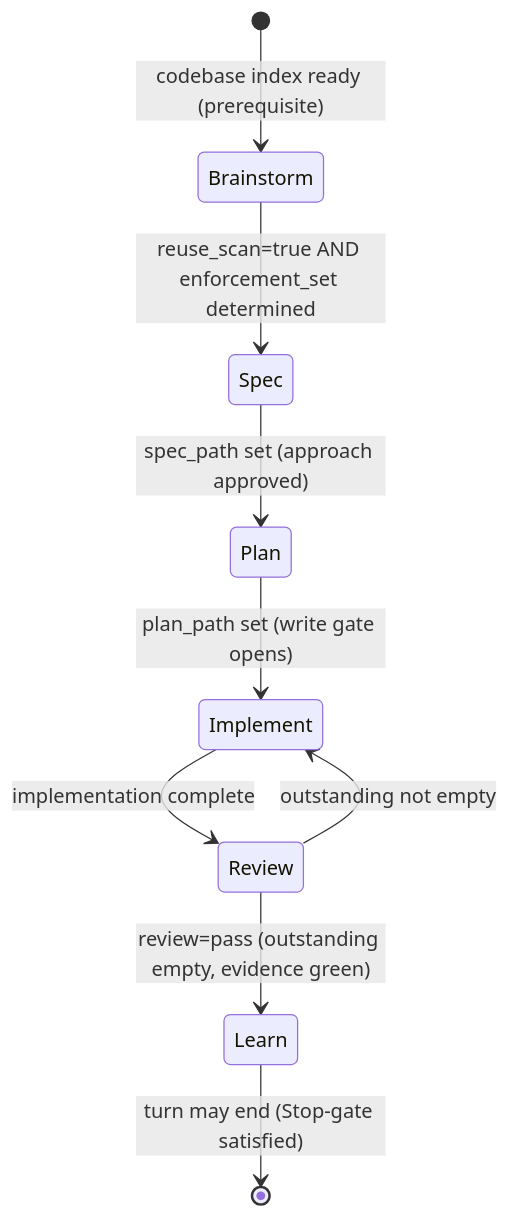
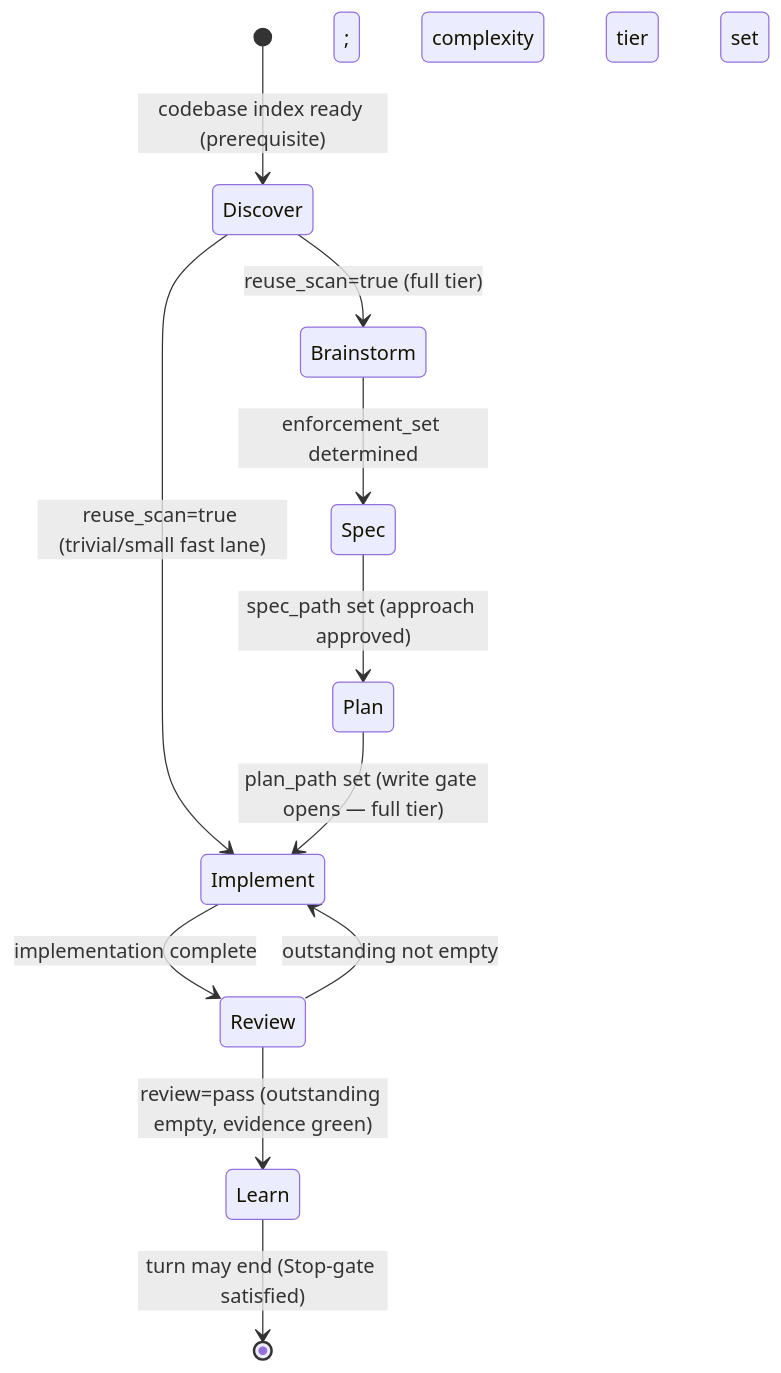
The second of 6 diagrams in .claude/docs/design/01-agentic-workflow.md (taipt1504/claudehut), drawn with Mermaid before and after one commit. The commit also changed other lines of this file and 32 other files, not shown here.

````diff
--- a/.claude/docs/design/01-agentic-workflow.md
+++ b/.claude/docs/design/01-agentic-workflow.md
@@ -127,11 +132,13 @@
 ```mermaid
 stateDiagram-v2
-    [*] --> Brainstorm: codebase index ready (prerequisite)
-    Brainstorm --> Spec: reuse_scan=true AND enforcement_set determined
+    [*] --> Discover: codebase index ready (prerequisite); complexity tier set
+    Discover --> Brainstorm: reuse_scan=true (full tier)
+    Discover --> Implement: reuse_scan=true (trivial/small fast lane)
+    Brainstorm --> Spec: enforcement_set determined
     Spec --> Plan: spec_path set (approach approved)
-    Plan --> Implement: plan_path set (write gate opens)
+    Plan --> Implement: plan_path set (write gate opens — full tier)
     Implement --> Review: implementation complete
     Review --> Implement: outstanding not empty
     Review --> Learn: review=pass (outstanding empty, evidence green)
     Learn --> [*]: turn may end (Stop-gate satisfied)
 ```
````
